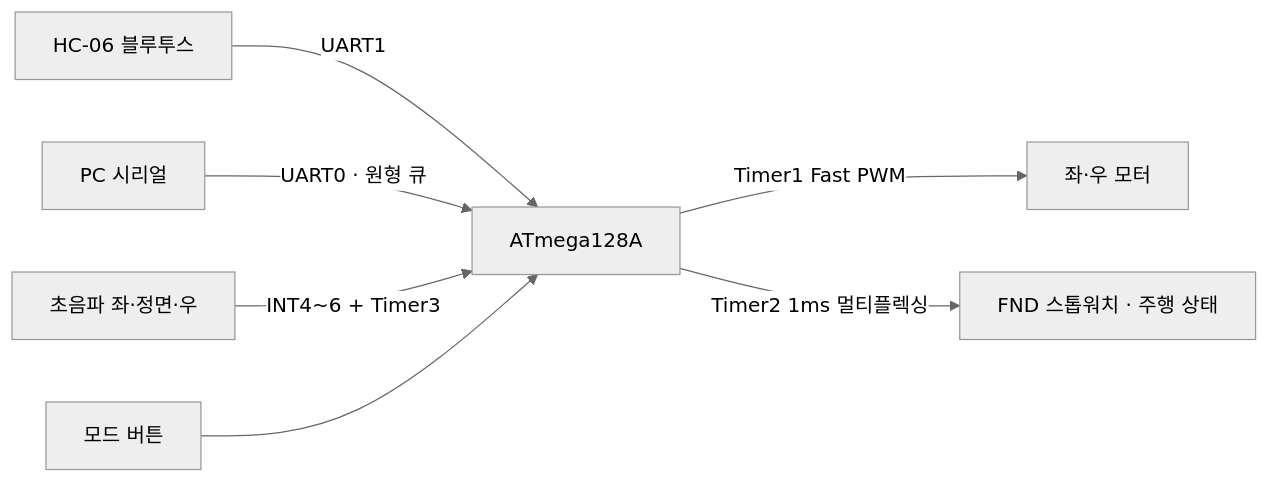
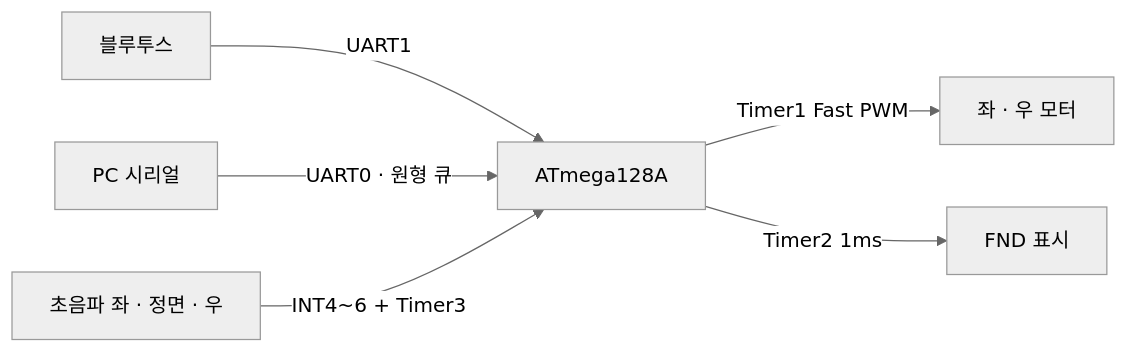
One commit to minjaon/Portfolio changed the fourth of 5 diagrams in README.md. Above: the diagram before and after it, drawn with Mermaid (neutral theme). The commit also changed other lines of this file and 79994 other files, not shown here.

````diff
--- a/README.md
+++ b/README.md
@@ -270,9 +396,8 @@
 ```mermaid
 flowchart LR
-    BT[HC-06 블루투스] -->|UART1| MCU
+    BT[블루투스] -->|UART1| MCU[ATmega128A]
     PC[PC 시리얼] -->|UART0 · 원형 큐| MCU
-    US[초음파 좌·정면·우] -->|INT4~6 + Timer3| MCU[ATmega128A]
-    BTN[모드 버튼] --> MCU
-    MCU -->|Timer1 Fast PWM| MOT[좌·우 모터]
-    MCU -->|Timer2 1ms 멀티플렉싱| FND[FND 스톱워치 · 주행 상태]
+    US[초음파 좌 · 정면 · 우] -->|INT4~6 + Timer3| MCU
+    MCU -->|Timer1 Fast PWM| MOT[좌 · 우 모터]
+    MCU -->|Timer2 1ms| FND[FND 표시]
 ```
````
